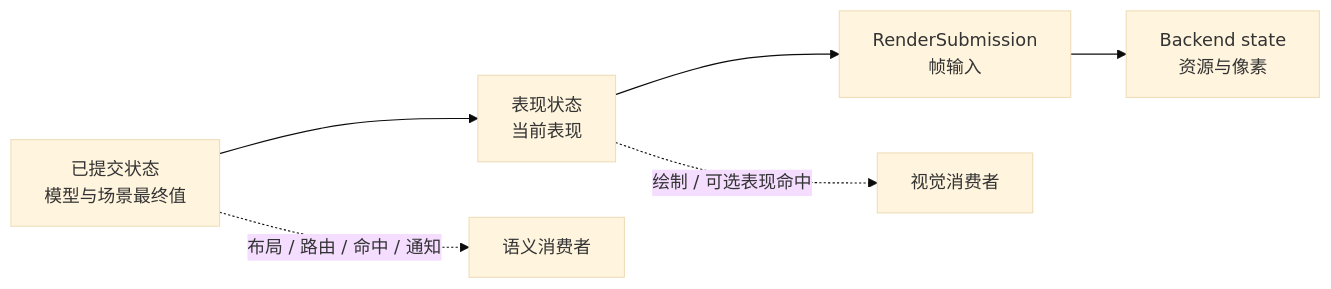
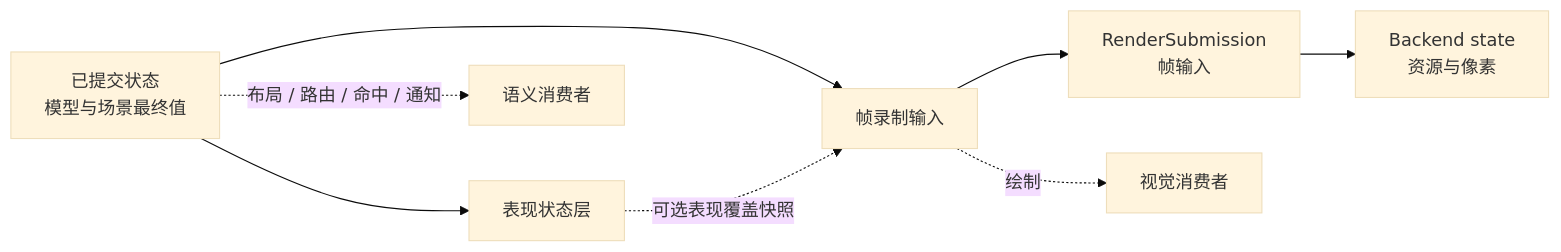
Before and after one commit to yezhang/novadraw: the first of 3 diagrams in engine/wasm_rust/novadraw/book/internals/src/08-animation-and-presentation.md, drawn with Mermaid (base theme). The commit also changed other lines of this file and 21 other files, not shown here.

````diff
--- a/engine/wasm_rust/novadraw/book/internals/src/08-animation-and-presentation.md
+++ b/engine/wasm_rust/novadraw/book/internals/src/08-animation-and-presentation.md
@@ -33,9 +33,11 @@
 ```mermaid
 flowchart LR
-    Source[已提交状态<br/>模型与场景最终值] --> Presentation[表现状态<br/>当前表现]
-    Presentation --> Submission[RenderSubmission<br/>帧输入]
+    Source[已提交状态<br/>模型与场景最终值] --> Record[帧录制输入]
+    Source --> Presentation[表现状态层]
+    Presentation -.可选表现覆盖快照.-> Record
+    Record --> Submission[RenderSubmission<br/>帧输入]
     Submission --> Backend[Backend state<br/>资源与像素]
 
     Source -.布局 / 路由 / 命中 / 通知.-> Semantics[语义消费者]
-    Presentation -.绘制 / 可选表现命中.-> Visual[视觉消费者]
+    Record -.绘制.-> Visual[视觉消费者]
 ```
````
